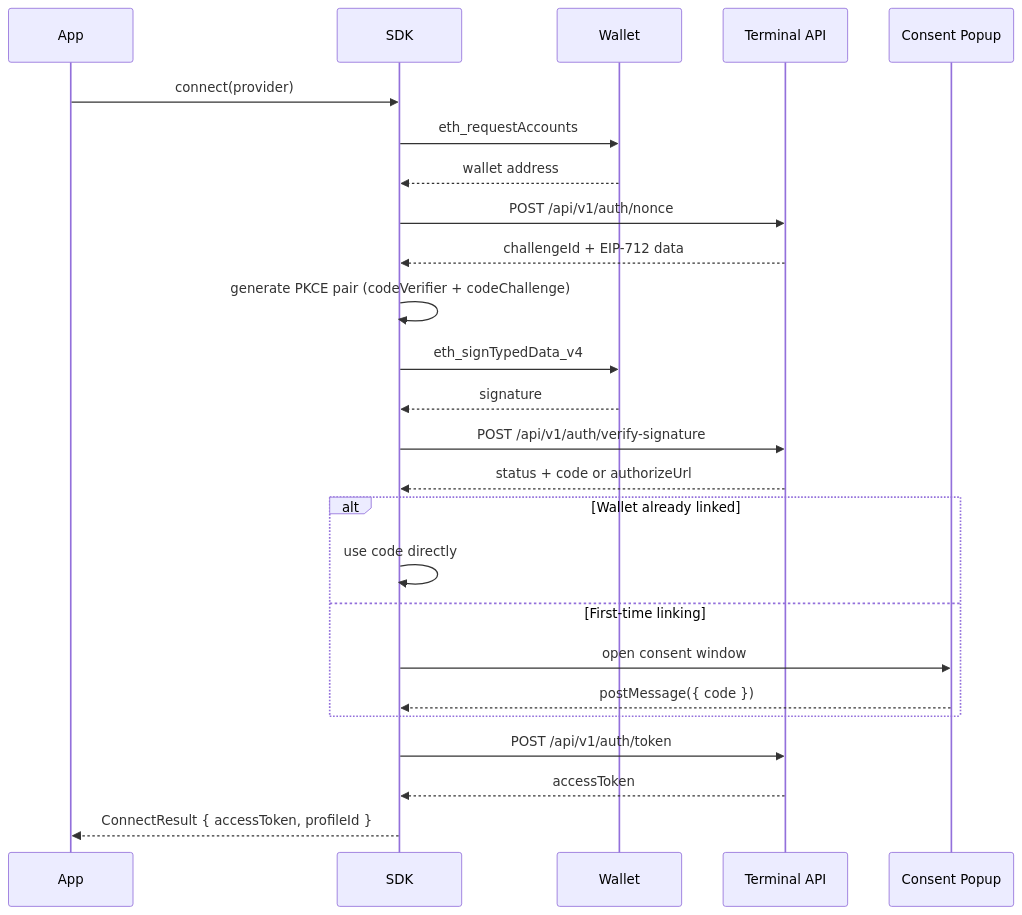
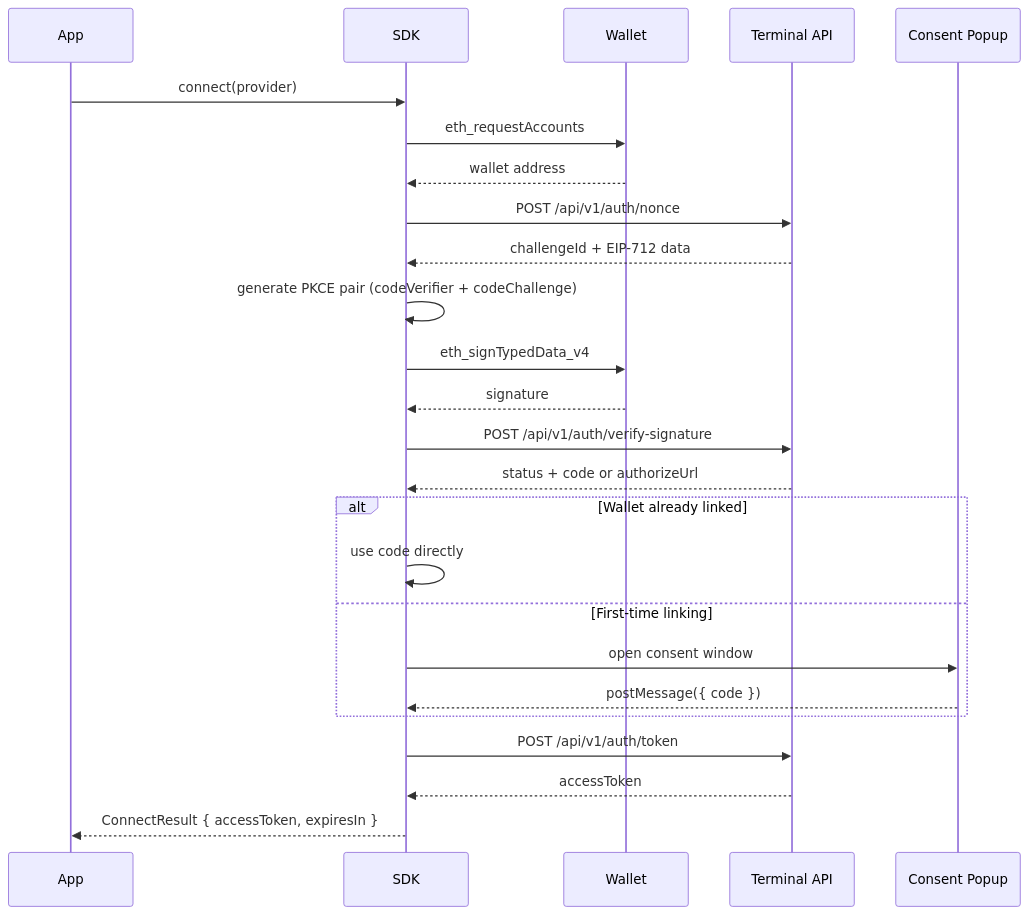
Before and after one commit to megaeth-labs/terminal-auth-sdk: the diagram in docs/guides/authentication-flow.md, drawn with Mermaid. The commit also changed 3 other files, not shown here.

Commit message:
chore: remove profileId from ConnectResult

````diff
--- a/docs/guides/authentication-flow.md
+++ b/docs/guides/authentication-flow.md
@@ -7,35 +7,35 @@
 ```mermaid
 sequenceDiagram
     participant App
     participant SDK
     participant Wallet
     participant API as Terminal API
     participant Popup as Consent Popup
 
     App->>SDK: connect(provider)
     SDK->>Wallet: eth_requestAccounts
     Wallet-->>SDK: wallet address
 
     SDK->>API: POST /api/v1/auth/nonce
     API-->>SDK: challengeId + EIP-712 data
 
     SDK->>SDK: generate PKCE pair (codeVerifier + codeChallenge)
 
     SDK->>Wallet: eth_signTypedData_v4
     Wallet-->>SDK: signature
 
     SDK->>API: POST /api/v1/auth/verify-signature
     API-->>SDK: status + code or authorizeUrl
 
     alt Wallet already linked
         SDK->>SDK: use code directly
     else First-time linking
         SDK->>Popup: open consent window
         Popup-->>SDK: postMessage({ code })
     end
 
     SDK->>API: POST /api/v1/auth/token
     API-->>SDK: accessToken
 
-    SDK-->>App: ConnectResult { accessToken, profileId }
+    SDK-->>App: ConnectResult { accessToken, expiresIn }
 ```
````
